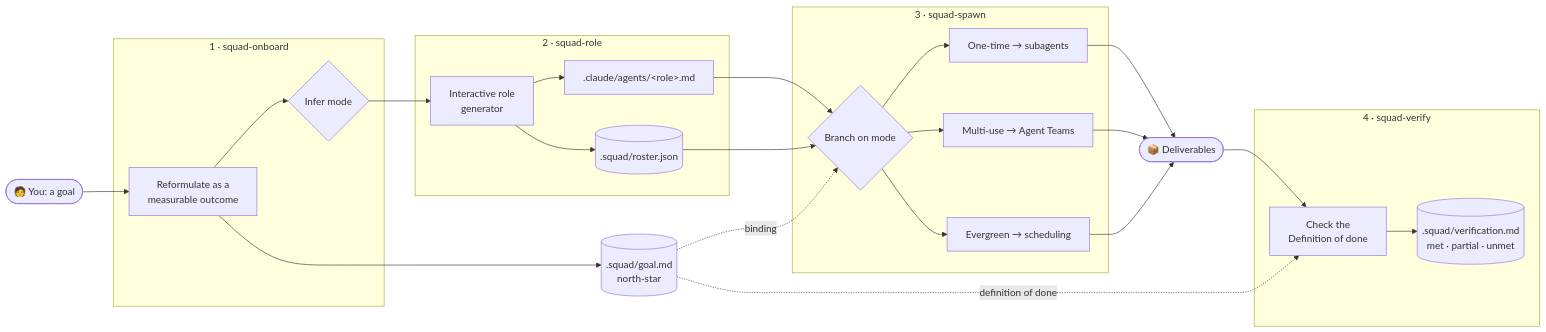
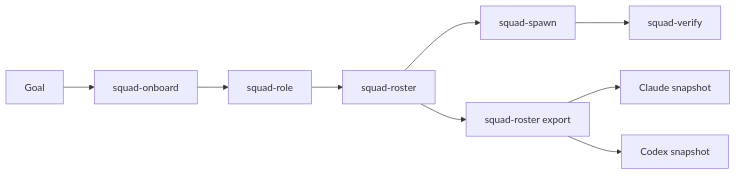
The diagram in README.md (cheeky-amit/cheeky-squad-os), drawn with Mermaid before and after one commit. The commit also changed other lines of this file and 89 other files, not shown here.

First line of the commit message:
feat: the portability release (1.1.0) — Claude and Codex adapters, scoped exports (#20)

````diff
--- a/README.md
+++ b/README.md
@@ -59,38 +68,11 @@
 ```mermaid
 flowchart LR
-  U(["🧑 You: a goal"]) --> ON
-
-  subgraph S1["1 · squad-onboard"]
-    ON["Reformulate as a<br/>measurable outcome"] --> MODE{"Infer mode"}
-  end
-  ON --> GOAL[(".squad/goal.md<br/>north-star")]
-
-  MODE --> ROLE
-
-  subgraph S2["2 · squad-role"]
-    ROLE["Interactive role<br/>generator"] --> AG[".claude/agents/&lt;role&gt;.md"]
-    ROLE --> ROST[(".squad/roster.json")]
-  end
-
-  AG --> SPAWN
-  ROST --> SPAWN
-
-  subgraph S3["3 · squad-spawn"]
-    SPAWN{"Branch on mode"} --> ONE["One-time → subagents"]
-    SPAWN --> MUL["Multi-use → Agent Teams"]
-    SPAWN --> EVR["Evergreen → scheduling"]
-  end
-
-  ONE --> OUT(["📦 Deliverables"])
-  MUL --> OUT
-  EVR --> OUT
-
-  subgraph S4["4 · squad-verify"]
-    VER["Check the<br/>Definition of done"] --> VMD[(".squad/verification.md<br/>met · partial · unmet")]
-  end
-
-  OUT --> VER
-
-  GOAL -. binding .-> SPAWN
-  GOAL -. definition of done .-> VER
+  GOAL["Goal"] --> ON["squad-onboard"]
+  ON --> ROLE["squad-role"]
+  ROLE --> ROSTER["squad-roster"]
+  ROSTER --> SPAWN["squad-spawn"]
+  SPAWN --> VERIFY["squad-verify"]
+  ROSTER --> EXPORT["squad-roster export"]
+  EXPORT --> CLAUDE["Claude snapshot"]
+  EXPORT --> CODEX["Codex snapshot"]
 ```
````
